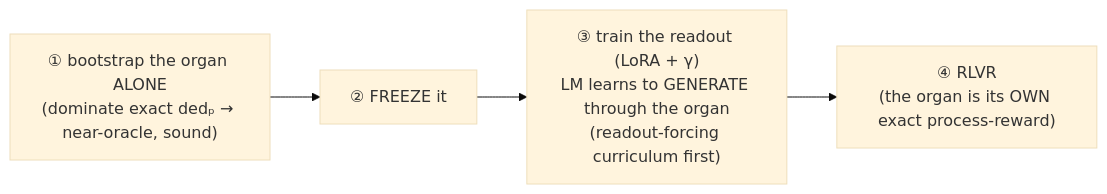
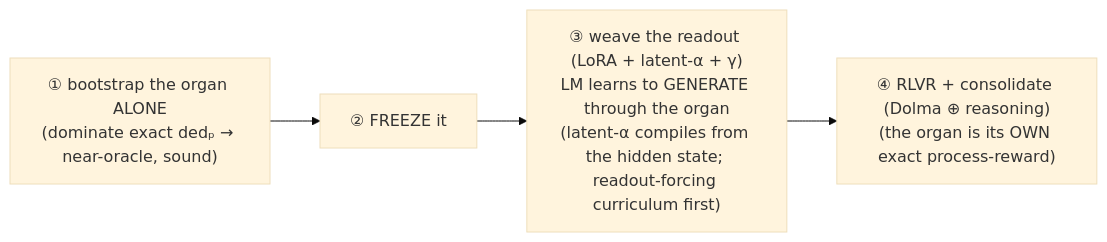
Before and after one commit to emberian/clairnets: the second of 2 diagrams in README.md, drawn with Mermaid (base theme). The commit also changed other lines of this file and 1 other file, not shown here.

````diff
--- a/README.md
+++ b/README.md
@@ -54,6 +54,6 @@
 ```mermaid
 flowchart LR
   S1["① bootstrap the organ ALONE<br/>(dominate exact dedₚ → near-oracle, sound)"] --> S2["② FREEZE it"]
-  S2 --> S3["③ train the readout (LoRA + γ)<br/>LM learns to GENERATE through the organ<br/>(readout-forcing curriculum first)"]
-  S3 --> S4["④ RLVR<br/>(the organ is its OWN exact process-reward)"]
+  S2 --> S3["③ weave the readout (LoRA + latent-α + γ)<br/>LM learns to GENERATE through the organ<br/>(latent-α compiles from the hidden state; readout-forcing curriculum first)"]
+  S3 --> S4["④ RLVR + consolidate (Dolma ⊕ reasoning)<br/>(the organ is its OWN exact process-reward)"]
 ```
````
